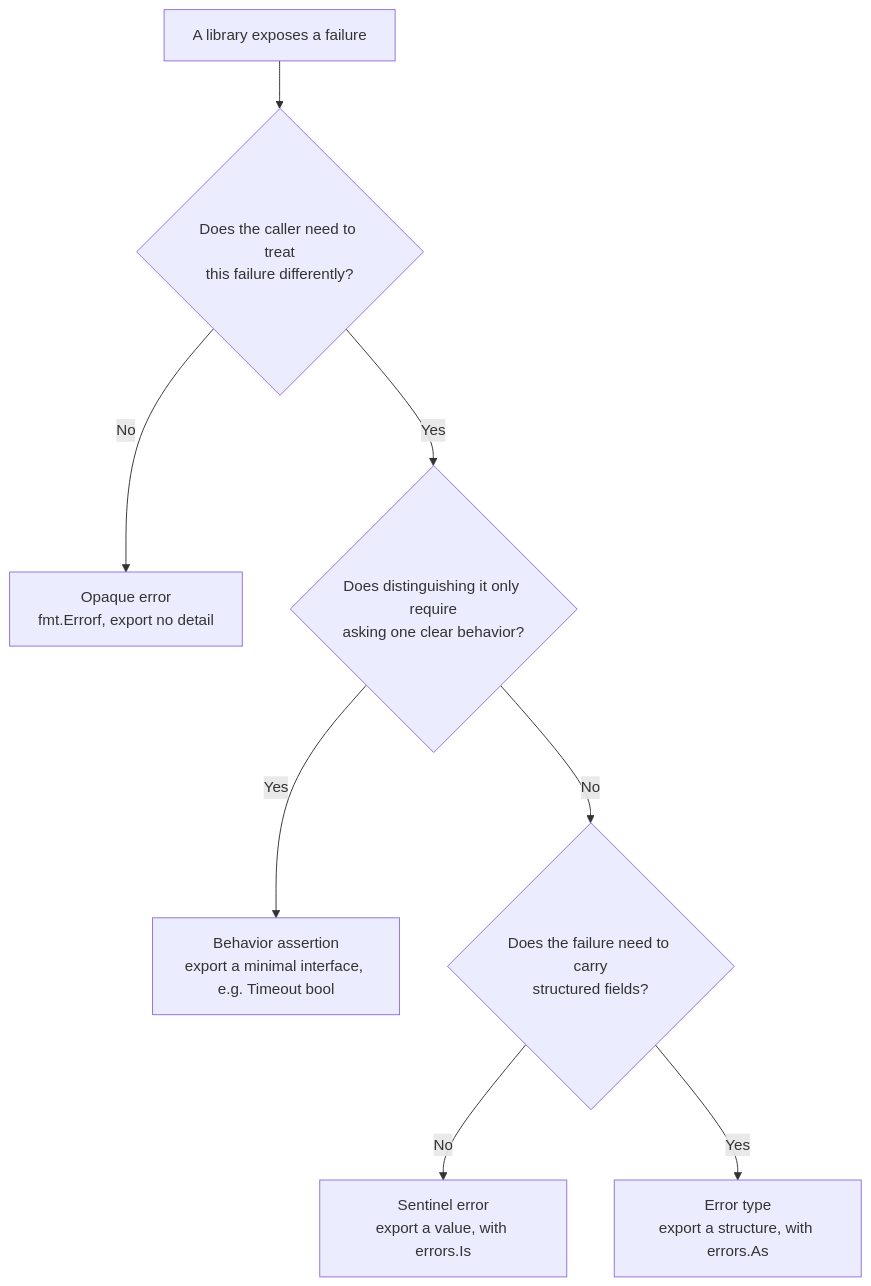
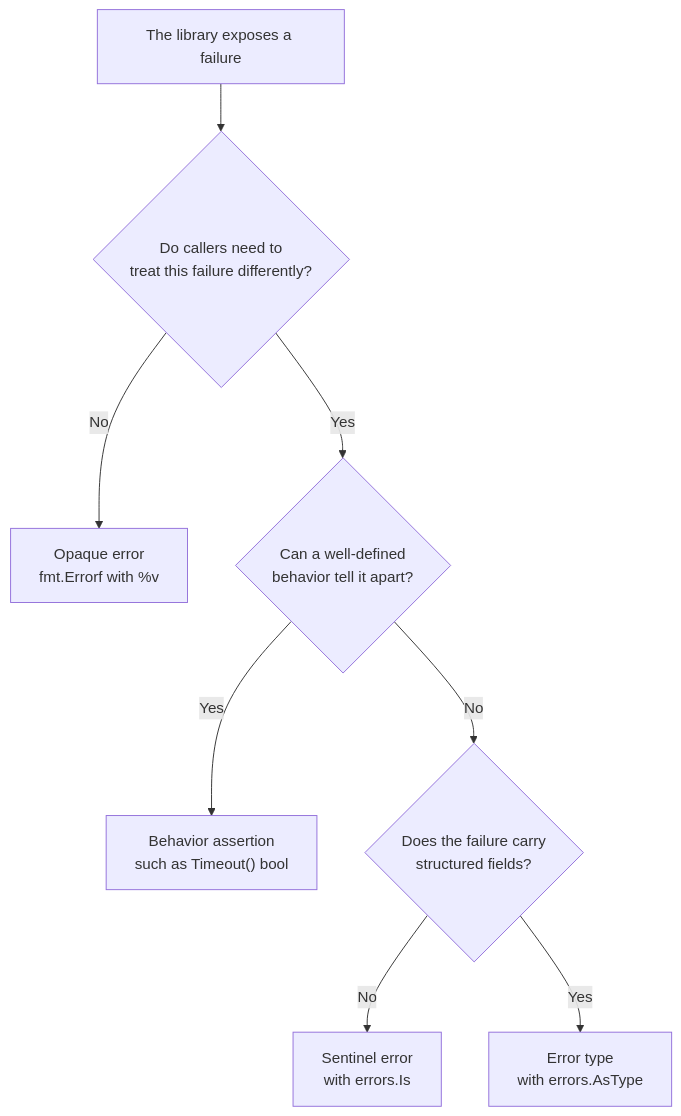
The diagram in book/en-us/part2lang/ch07errors/semantics.md (golang-design/under-the-hood), drawn with Mermaid before and after one commit. The commit also changed other lines of this file and 24 other files, not shown here.

````diff
--- a/book/en-us/part2lang/ch07errors/semantics.md
+++ b/book/en-us/part2lang/ch07errors/semantics.md
@@ -258,10 +290,10 @@
 ```mermaid
 flowchart TD
-	START["A library exposes a failure"] --> Q1{"Does the caller need to treat<br/>this failure differently?"}
-	Q1 -->|No| OPAQUE["Opaque error<br/>fmt.Errorf, export no detail"]
-	Q1 -->|Yes| Q2{"Does distinguishing it only require<br/>asking one clear behavior?"}
-	Q2 -->|Yes| BEHAVIOR["Behavior assertion<br/>export a minimal interface, e.g. Timeout bool"]
-	Q2 -->|No| Q3{"Does the failure need to carry<br/>structured fields?"}
-	Q3 -->|No| SENTINEL["Sentinel error<br/>export a value, with errors.Is"]
-	Q3 -->|Yes| TYPE["Error type<br/>export a structure, with errors.As"]
+	START["The library exposes a failure"] --> Q1{"Do callers need to<br/>treat this failure differently?"}
+	Q1 -->|No| OPAQUE["Opaque error<br/>fmt.Errorf with %v"]
+	Q1 -->|Yes| Q2{"Can a well-defined<br/>behavior tell it apart?"}
+	Q2 -->|Yes| BEHAVIOR["Behavior assertion<br/>such as Timeout() bool"]
+	Q2 -->|No| Q3{"Does the failure carry<br/>structured fields?"}
+	Q3 -->|No| SENTINEL["Sentinel error<br/>with errors.Is"]
+	Q3 -->|Yes| TYPE["Error type<br/>with errors.AsType"]
 ```
````
